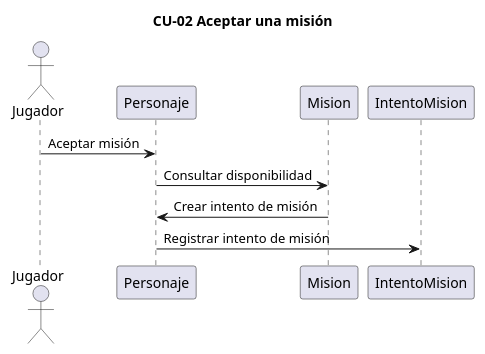
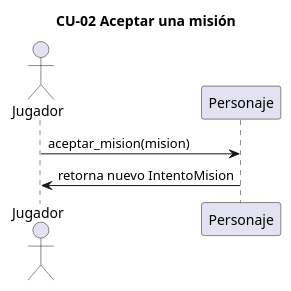
One commit to stephannynayleth01-coder/analisis-final-g4 changed the diagram in salida/diagramas/04_secuencia_CU-02.puml. Above: the diagram before and after it, drawn with PlantUML. The commit also changed 18 other files, not shown here.

```diff
--- a/salida/diagramas/04_secuencia_CU-02.puml
+++ b/salida/diagramas/04_secuencia_CU-02.puml
@@ -1,13 +1,9 @@
 @startuml
 ' Generado por spec2code. Es una PROPUESTA del pipeline: audítala contra la spec.
 title CU-02 Aceptar una misión
 actor "Jugador" as P1
 participant "Personaje" as P2
-participant "Mision" as P3
-participant "IntentoMision" as P4
 
-P1 -> P2 : Aceptar misión
-P2 -> P3 : Consultar disponibilidad
-P3 -> P2 : Crear intento de misión
-P2 -> P4 : Registrar intento de misión
+P1 -> P2 : aceptar_mision(mision)
+P2 -> P1 : retorna nuevo IntentoMision
 @enduml
```
